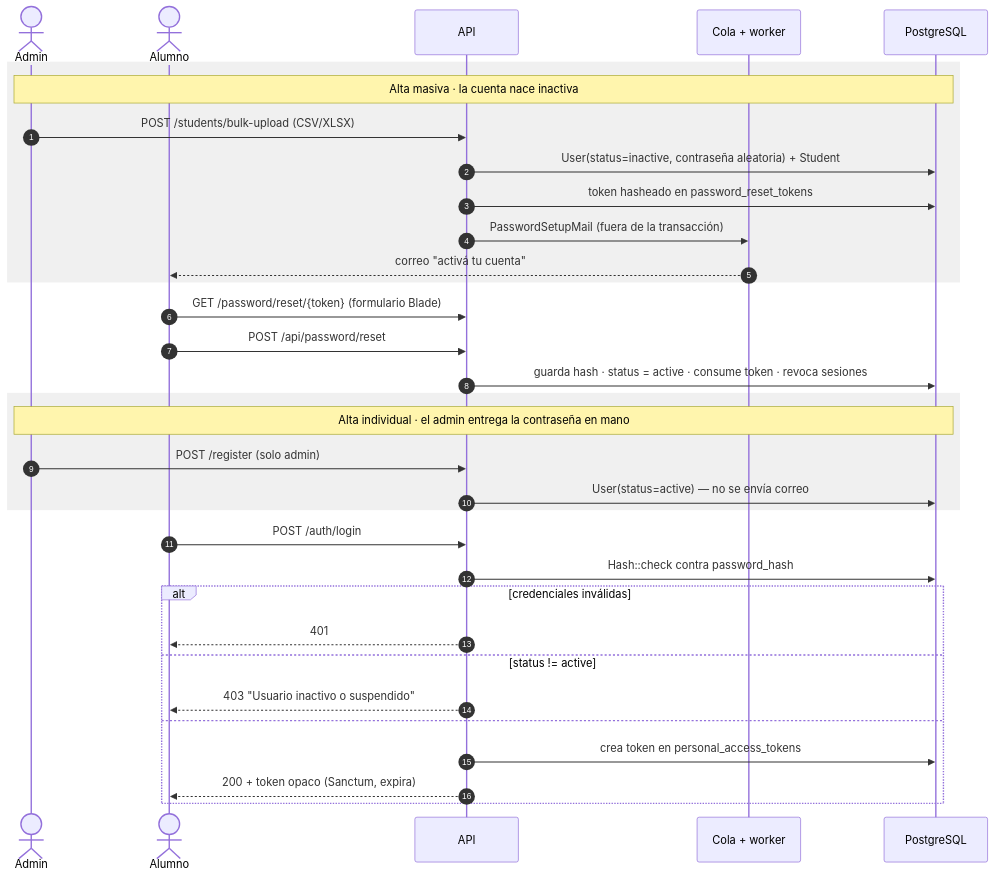
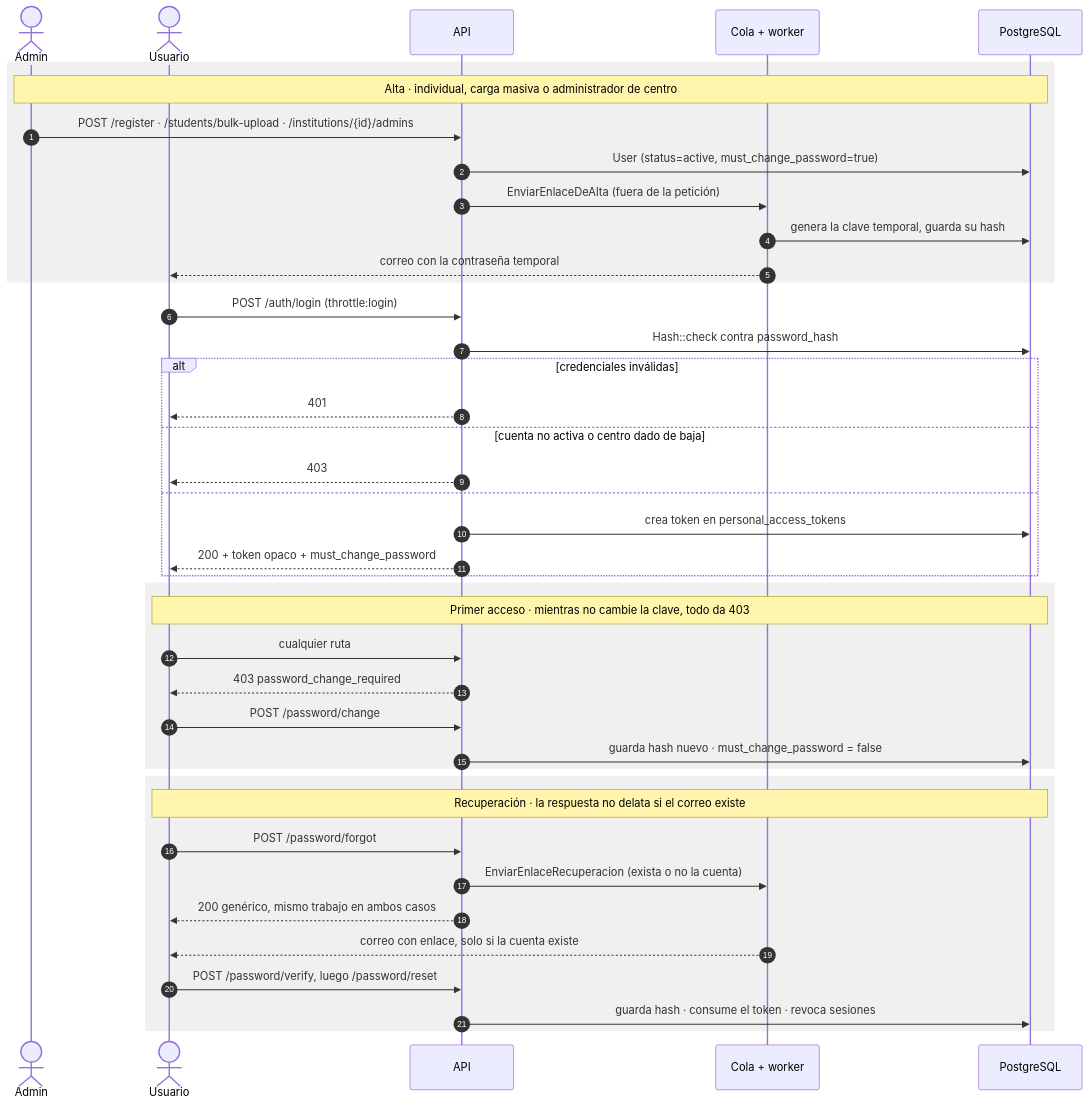
One commit to Infil505/NeoEduCore-Back changed diagram 11 of 19 in docs/DIAGRAMAS.md. Above: the diagram before and after it, drawn with Mermaid. The commit also changed other lines of this file and 25 other files, not shown here.

````diff
--- a/docs/DIAGRAMAS.md
+++ b/docs/DIAGRAMAS.md
@@ -806,39 +896,47 @@
 ```mermaid
 sequenceDiagram
     autonumber
     actor Admin
-    actor Alumno
+    actor Usuario
     participant API as API
     participant Cola as Cola + worker
     participant DB as PostgreSQL
 
     rect rgb(240, 240, 240)
-    note over Admin,DB: Alta masiva · la cuenta nace inactiva
-    Admin->>API: POST /students/bulk-upload (CSV/XLSX)
-    API->>DB: User(status=inactive, contraseña aleatoria) + Student
-    API->>DB: token hasheado en password_reset_tokens
-    API->>Cola: PasswordSetupMail (fuera de la transacción)
-    Cola-->>Alumno: correo "activá tu cuenta"
+    note over Admin,DB: Alta · individual, carga masiva o administrador de centro
+    Admin->>API: POST /register · /students/bulk-upload · /institutions/{id}/admins
+    API->>DB: User (status=active, must_change_password=true)
+    API->>Cola: EnviarEnlaceDeAlta (fuera de la petición)
+    Cola->>DB: genera la clave temporal, guarda su hash
+    Cola-->>Usuario: correo con la contraseña temporal
     end
 
-    Alumno->>API: GET /password/reset/{token} (formulario Blade)
-    Alumno->>API: POST /api/password/reset
-    API->>DB: guarda hash · status = active · consume token · revoca sesiones
+    Usuario->>API: POST /auth/login (throttle:login)
+    API->>DB: Hash::check contra password_hash
+    alt credenciales inválidas
+        API-->>Usuario: 401
+    else cuenta no activa o centro dado de baja
+        API-->>Usuario: 403
+    else
+        API->>DB: crea token en personal_access_tokens
+        API-->>Usuario: 200 + token opaco + must_change_password
+    end
 
     rect rgb(240, 240, 240)
-    note over Admin,DB: Alta individual · el admin entrega la contraseña en mano
-    Admin->>API: POST /register (solo admin)
-    API->>DB: User(status=active) — no se envía correo
+    note over Usuario,DB: Primer acceso · mientras no cambie la clave, todo da 403
+    Usuario->>API: cualquier ruta
+    API-->>Usuario: 403 password_change_required
+    Usuario->>API: POST /password/change
+    API->>DB: guarda hash nuevo · must_change_password = false
     end
 
-    Alumno->>API: POST /auth/login
-    API->>DB: Hash::check contra password_hash
-    alt credenciales inválidas
-        API-->>Alumno: 401
-    else status != active
-        API-->>Alumno: 403 "Usuario inactivo o suspendido"
-    else
-        API->>DB: crea token en personal_access_tokens
-        API-->>Alumno: 200 + token opaco (Sanctum, expira)
+    rect rgb(240, 240, 240)
+    note over Usuario,DB: Recuperación · la respuesta no delata si el correo existe
+    Usuario->>API: POST /password/forgot
+    API->>Cola: EnviarEnlaceRecuperacion (exista o no la cuenta)
+    API-->>Usuario: 200 genérico, mismo trabajo en ambos casos
+    Cola-->>Usuario: correo con enlace, solo si la cuenta existe
+    Usuario->>API: POST /password/verify, luego /password/reset
+    API->>DB: guarda hash · consume el token · revoca sesiones
     end
 ```
````
